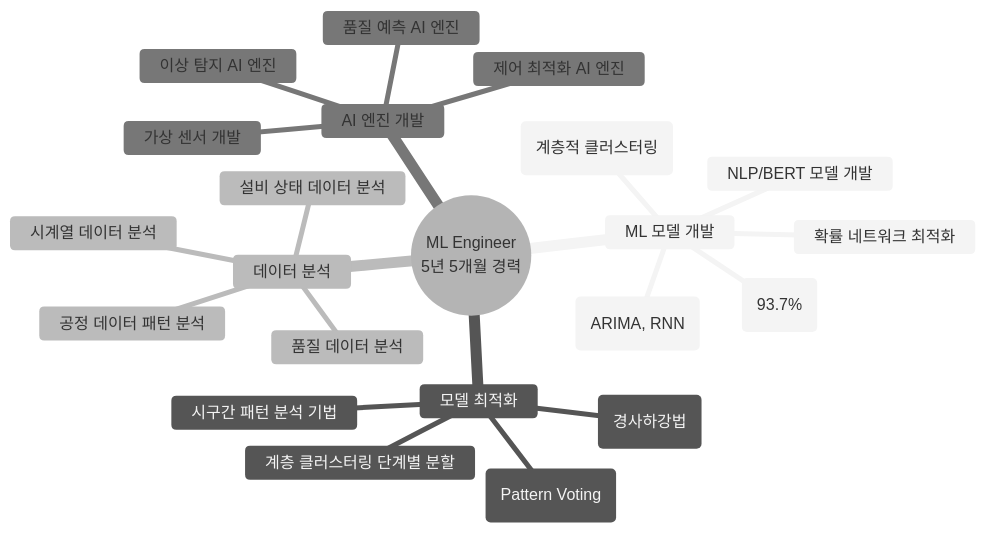
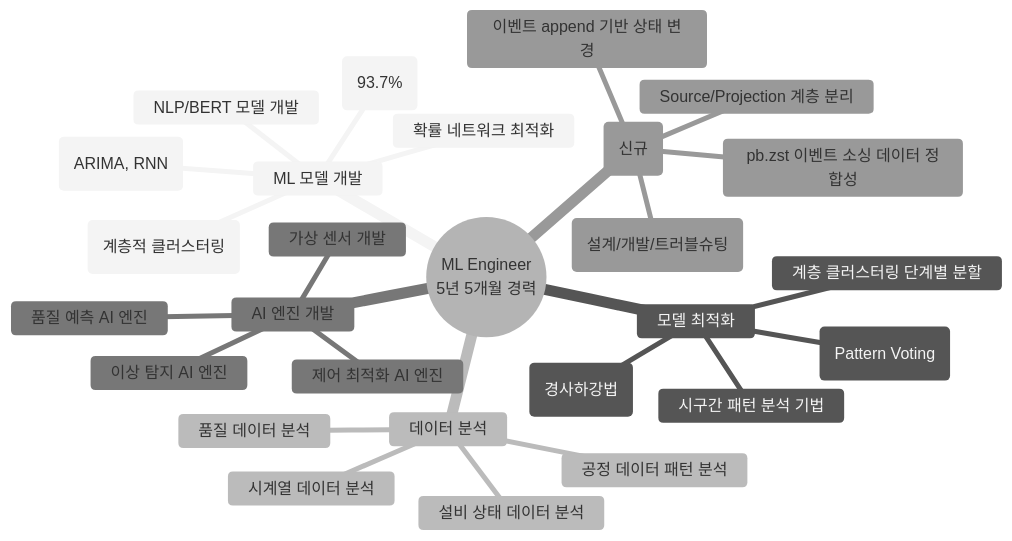
Before and after one commit to moobaek/Testing_AI_agents_for_public_use: the second of 4 diagrams in portfolio/portfolio_docs/resume_generator/assets/일반공개/권순룡_이력서_일반공개_ML_Engineer.md, drawn with Mermaid (neutral theme). The commit also changed other lines of this file and 14 other files, not shown here.

````diff
--- a/portfolio/portfolio_docs/resume_generator/assets/일반공개/권순룡_이력서_일반공개_ML_Engineer.md
+++ b/portfolio/portfolio_docs/resume_generator/assets/일반공개/권순룡_이력서_일반공개_ML_Engineer.md
@@ -68,25 +72,30 @@
 ```mermaid
 mindmap
   root((ML Engineer<br/>5년 5개월 경력))
     ML 모델 개발
       베이지안 네트워크 이상 탐지 (93.7%)
       시계열 분석 (ARIMA, RNN)
       NLP/BERT 모델 개발
       클러스터링 (계층적 클러스터링)
       확률 네트워크 최적화
     모델 최적화
       확률 최적화 (경사하강법)
       시구간 패턴 분석 기법
       계층 클러스터링 단계별 분할
       패턴 민주주의 (Pattern Voting)
     데이터 분석
       시계열 데이터 분석
       공정 데이터 패턴 분석
       설비 상태 데이터 분석
       품질 데이터 분석
     AI 엔진 개발
       품질 예측 AI 엔진
       이상 탐지 AI 엔진
       가상 센서 개발
       제어 최적화 AI 엔진
+    v9.0 AI-DB 운영 (신규)
+      pb.zst 이벤트 소싱 데이터 정합성
+      AI-DB tri-mode 운영 (설계/개발/트러블슈팅)
+      Source/Projection 계층 분리
+      이벤트 append 기반 상태 변경
 ```
````
